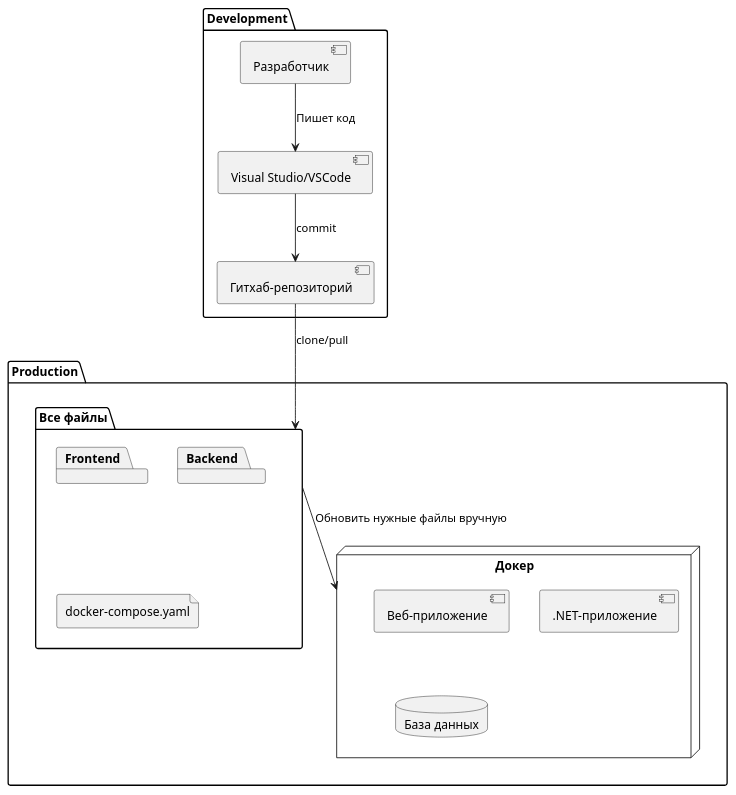
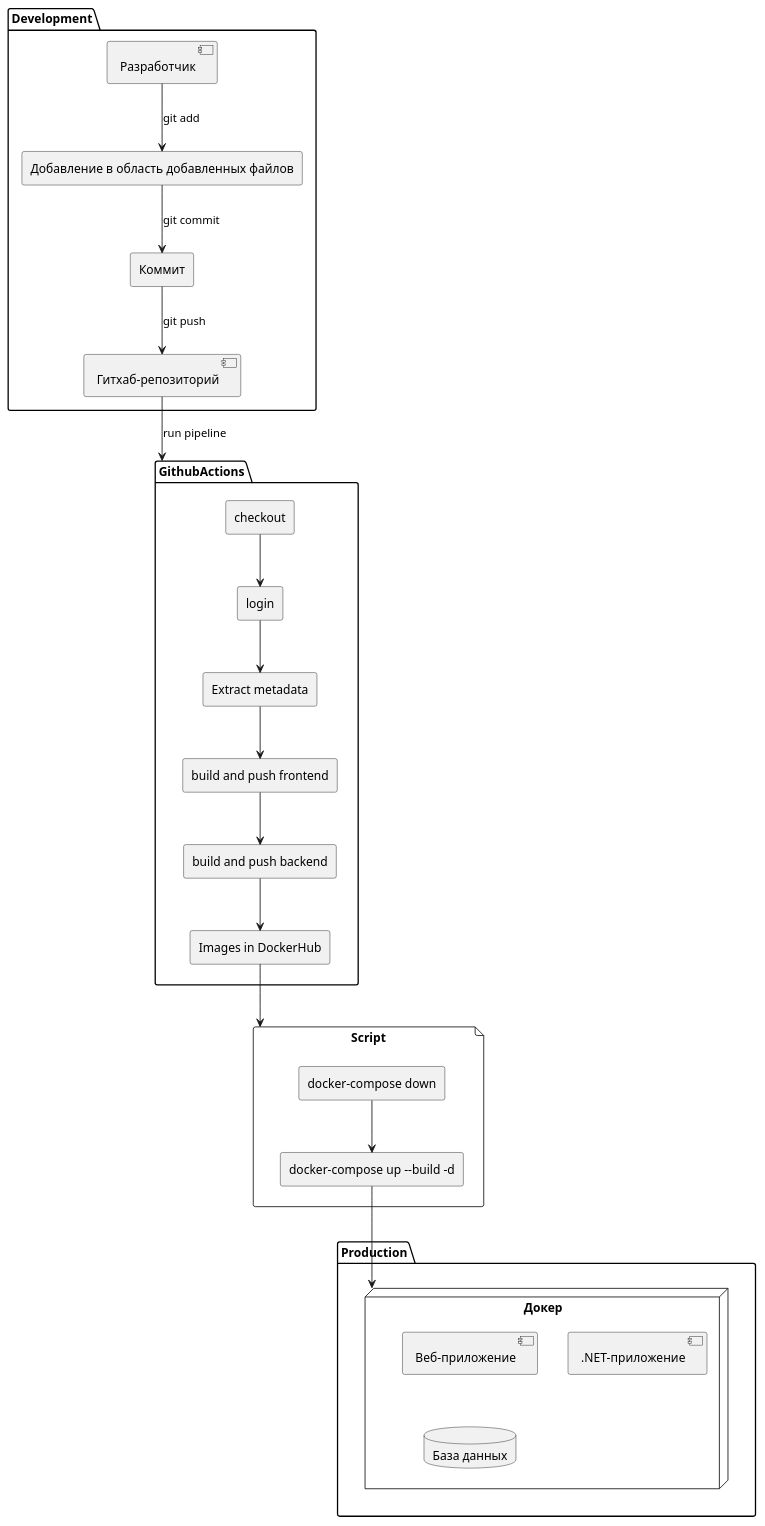
The diagram in Технический проект/Деплоймент/maintenance.puml (LiD-Meggatech/architecture), drawn with PlantUML before and after one commit. The commit also changed 1 other file, not shown here.

Commit message:
Обновлена диаграмма сопровождения

```diff
--- a/Технический проект/Деплоймент/maintenance.puml
+++ b/Технический проект/Деплоймент/maintenance.puml
@@ -1,29 +1,49 @@
 @startuml
 
 package Development {
     component "Разработчик" as developer
-    component "Visual Studio/VSCode" as IDE
     component "Гитхаб-репозиторий" as github
+    rectangle "Добавление в область добавленных файлов" as add
+    rectangle "Коммит" as commit
 
-    developer --> IDE : "Пишет код"
-    IDE --> github : "commit"
+    developer --> add : "git add"
+    add --> commit: "git commit"
+    commit --> github: "git push"
 }
 
 package Production {
-    folder "Все файлы" as files {
-        package "Frontend"
-        package "Backend"
-        file "docker-compose.yaml"
-    }
-
     node "Докер" as docker {
         component "Веб-приложение"
         component ".NET-приложение"
         database "База данных"
     }
 }
 
-github --> files : "clone/pull"
-files --> docker : "Обновить нужные файлы вручную"
+package GithubActions {
+    rectangle "checkout" as checkout
+    rectangle "login" as login
+    rectangle "Extract metadata" as metadata
+    rectangle "build and push frontend" as frontend
+    rectangle "build and push backend" as backend
+    rectangle "Images in DockerHub" as DockerHub
+}
+
+File Script {
+    rectangle "docker-compose down" as down
+    rectangle "docker-compose up --build -d" as up
+}
+
+github --> GithubActions : "run pipeline"
+
+checkout --> login
+login --> metadata
+metadata --> frontend
+frontend --> backend
+backend --> DockerHub
+
+DockerHub --> Script
+
+down --> up
+up --> docker
 
 @enduml
```
